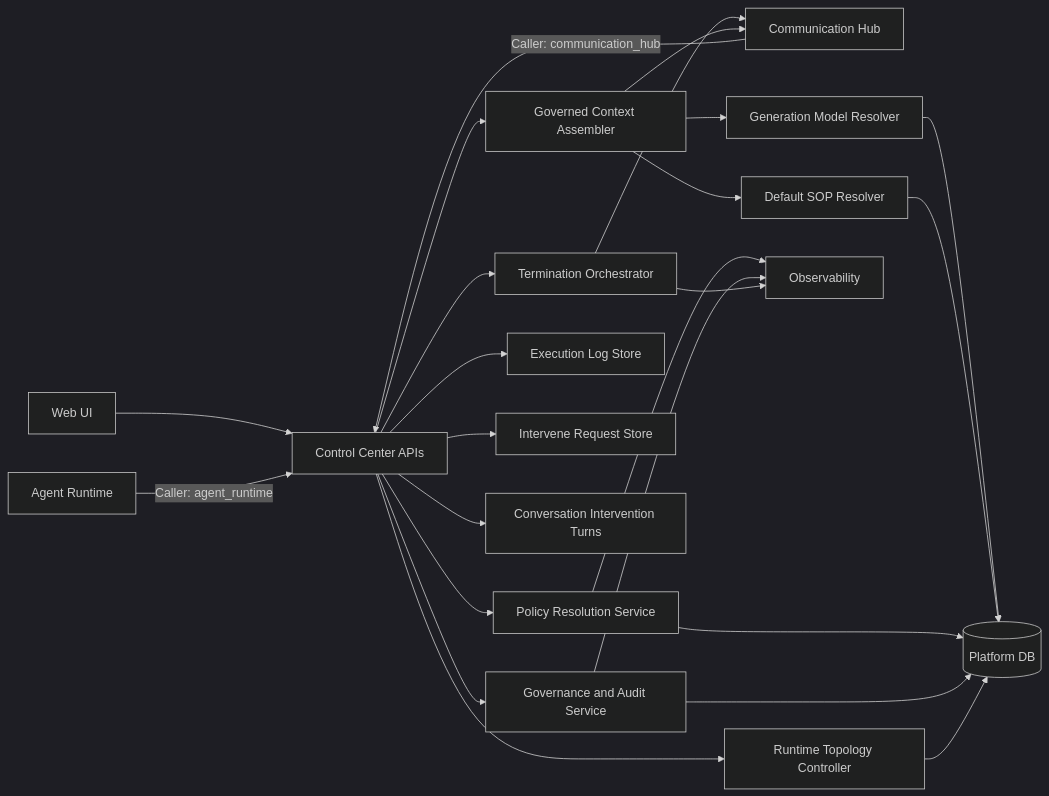
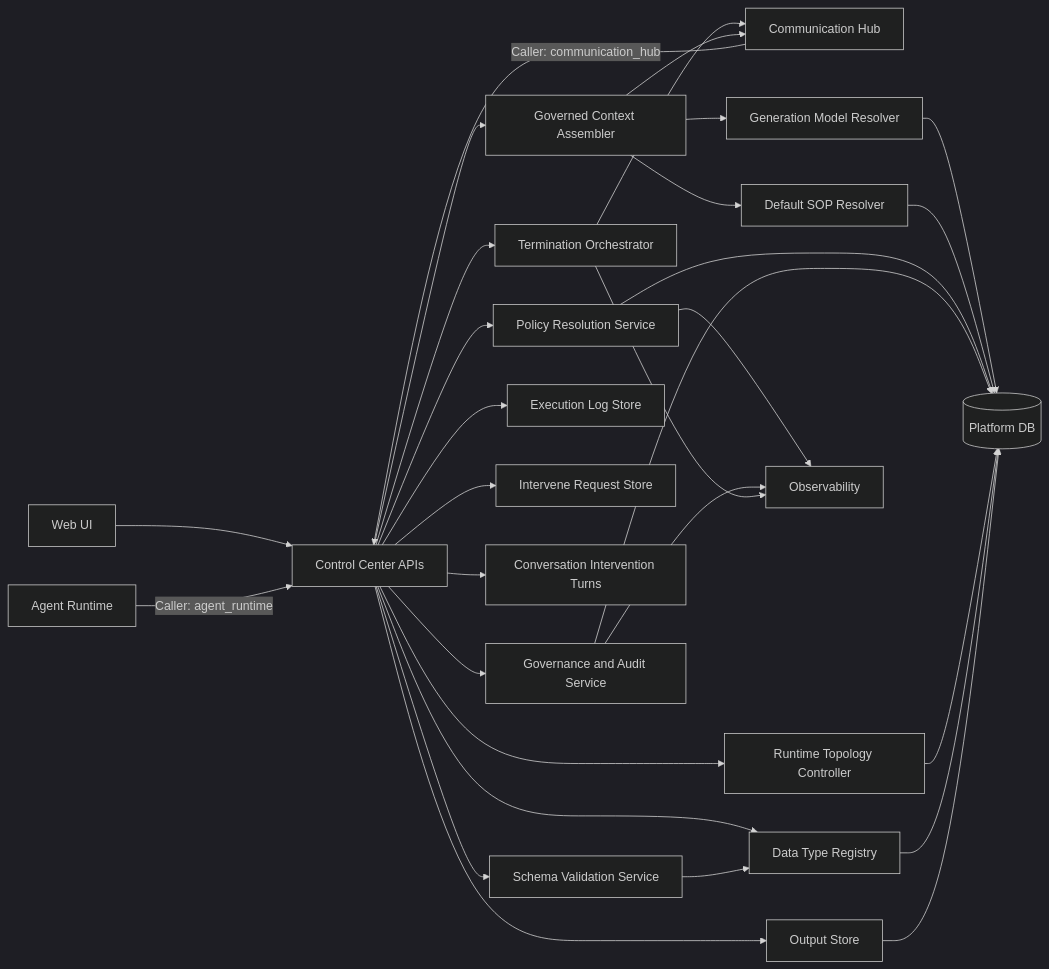
One commit to hurungang/parthenon changed the first of 2 diagrams in docs/master/architecture/modules/control-center/architecture.md. Above: the diagram before and after it, drawn with Mermaid (dark theme). The commit also changed other lines of this file and 167 other files, not shown here.

````diff
--- a/docs/master/architecture/modules/control-center/architecture.md
+++ b/docs/master/architecture/modules/control-center/architecture.md
@@ -3,38 +3,47 @@
 ```mermaid
 flowchart LR
     UI[Web UI]
     CH[Communication Hub]
     AR[Agent Runtime]
     API[Control Center APIs]
     POL[Policy Resolution Service]
     CTX[Governed Context Assembler]
     CFG[Generation Model Resolver]
     SOP[Default SOP Resolver]
     GOV[Governance and Audit Service]
+    DTR[Data Type Registry]
+    OS[Output Store]
+    SV[Schema Validation Service]
     DB[(Platform DB)]
     OBS[Observability]
 
     UI --> API
     CH -->|Caller: communication_hub| API
     AR -->|Caller: agent_runtime| API
     API --> POL
     API --> CTX
     API --> ELS[Execution Log Store]
     API --> IRS[Intervene Request Store]
     API --> CIT[Conversation Intervention Turns]
     API --> TOPO[Runtime Topology Controller]
     API --> TERM[Termination Orchestrator]
+    API --> DTR
+    API --> OS
+    API --> SV
     CTX --> CFG
     CTX --> SOP
     CFG --> DB
     SOP --> DB
     API --> GOV
     POL --> DB
     GOV --> DB
     TOPO --> DB
     TERM --> CH
     CTX --> CH
     POL --> OBS
     GOV --> OBS
     TERM --> OBS
+    DTR --> DB
+    OS --> DB
+    SV --> DTR
 ```
````
